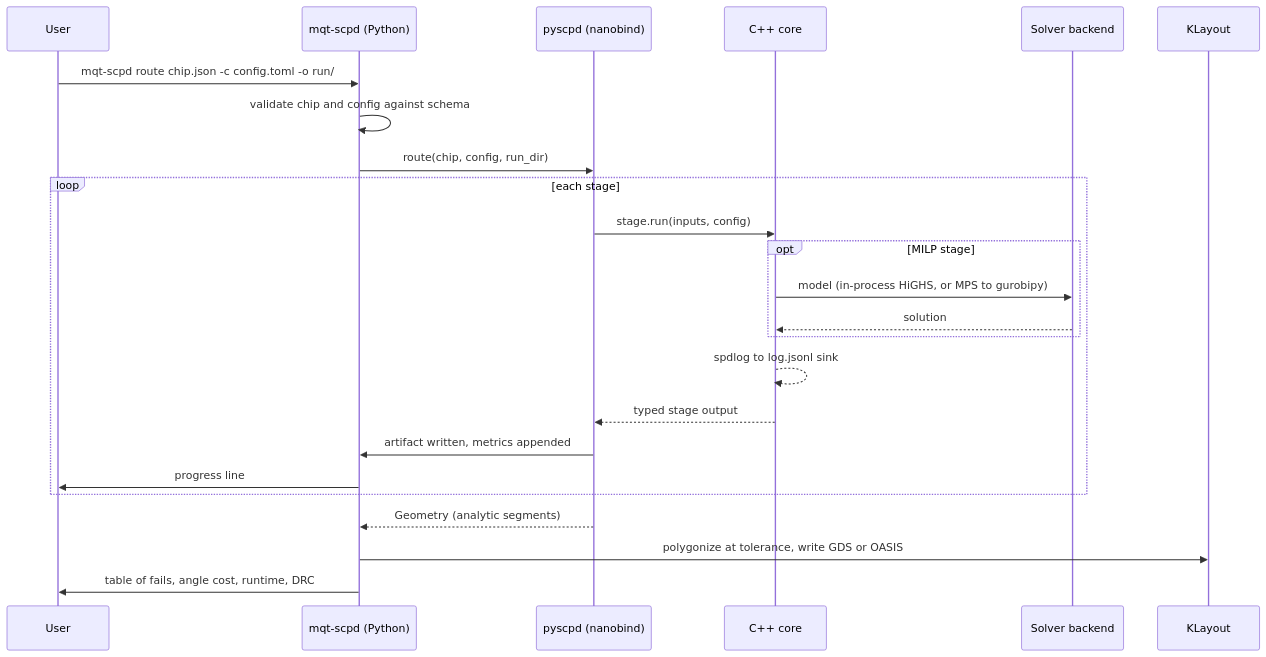
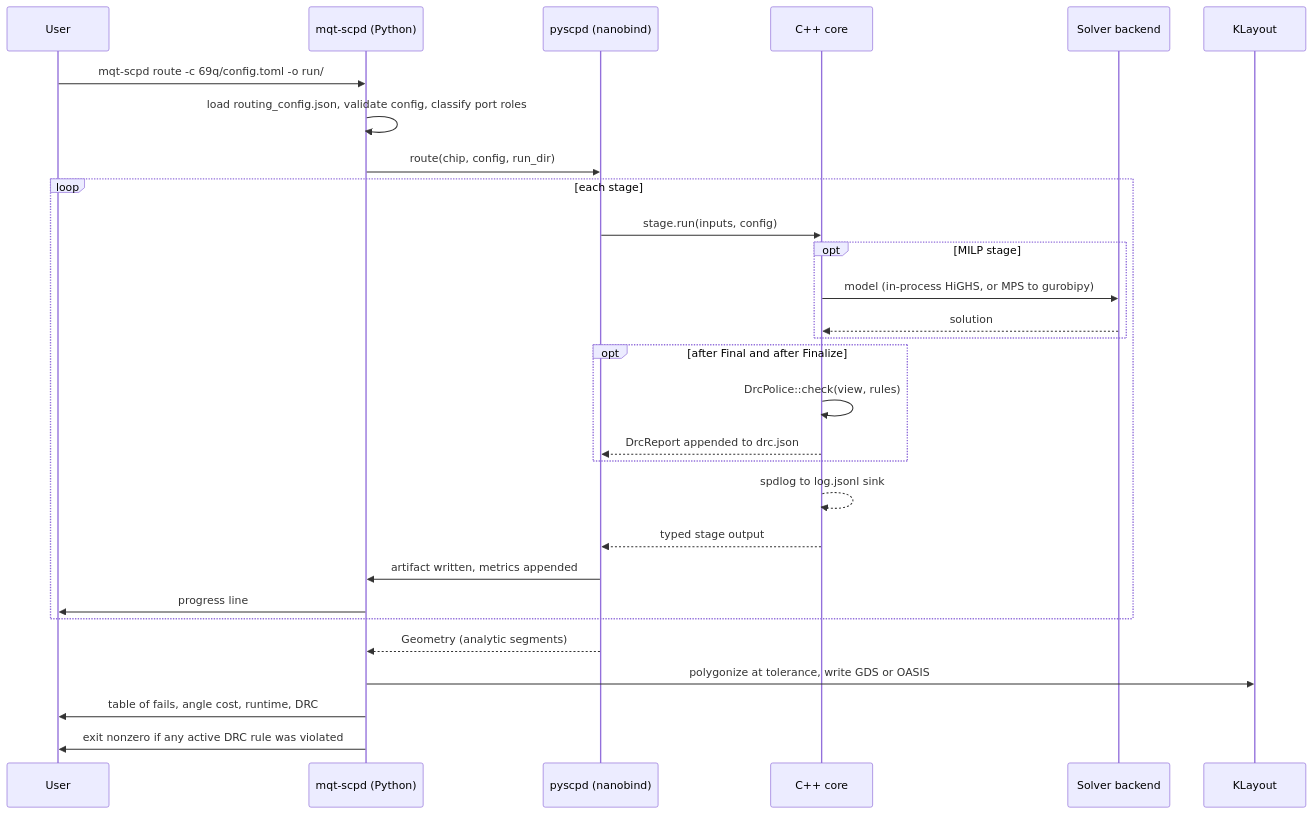
Before and after one commit to munich-quantum-toolkit/scpd: the fifth of 5 diagrams in ARCHITECTURE.md, drawn with Mermaid. The commit also changed other lines of this file and 18 other files, not shown here.

Commit message:
📝 Changed Architecture for review ready version

````diff
--- a/ARCHITECTURE.md
+++ b/ARCHITECTURE.md
@@ -203,27 +221,32 @@
 ```mermaid
 sequenceDiagram
   participant U as User
   participant CLI as mqt-scpd (Python)
   participant B as pyscpd (nanobind)
   participant C as C++ core
   participant S as Solver backend
   participant K as KLayout
 
-  U->>CLI: mqt-scpd route chip.json -c config.toml -o run/
-  CLI->>CLI: validate chip and config against schema
+  U->>CLI: mqt-scpd route -c 69q/config.toml -o run/
+  CLI->>CLI: load routing_config.json, validate config, classify port roles
   CLI->>B: route(chip, config, run_dir)
   loop each stage
     B->>C: stage.run(inputs, config)
     opt MILP stage
       C->>S: model (in-process HiGHS, or MPS to gurobipy)
       S-->>C: solution
+    end
+    opt after Final and after Finalize
+      C->>C: DrcPolice::check(view, rules)
+      C-->>B: DrcReport appended to drc.json
     end
     C-->>C: spdlog to log.jsonl sink
     C-->>B: typed stage output
     B->>CLI: artifact written, metrics appended
     CLI->>U: progress line
   end
   B-->>CLI: Geometry (analytic segments)
   CLI->>K: polygonize at tolerance, write GDS or OASIS
   CLI->>U: table of fails, angle cost, runtime, DRC
+  CLI->>U: exit nonzero if any active DRC rule was violated
 ```
````
